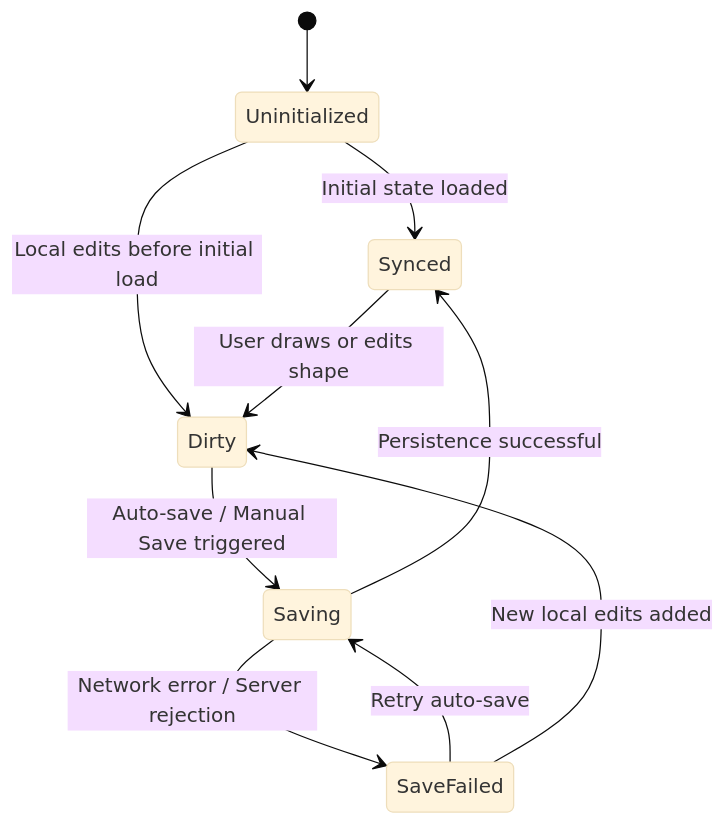
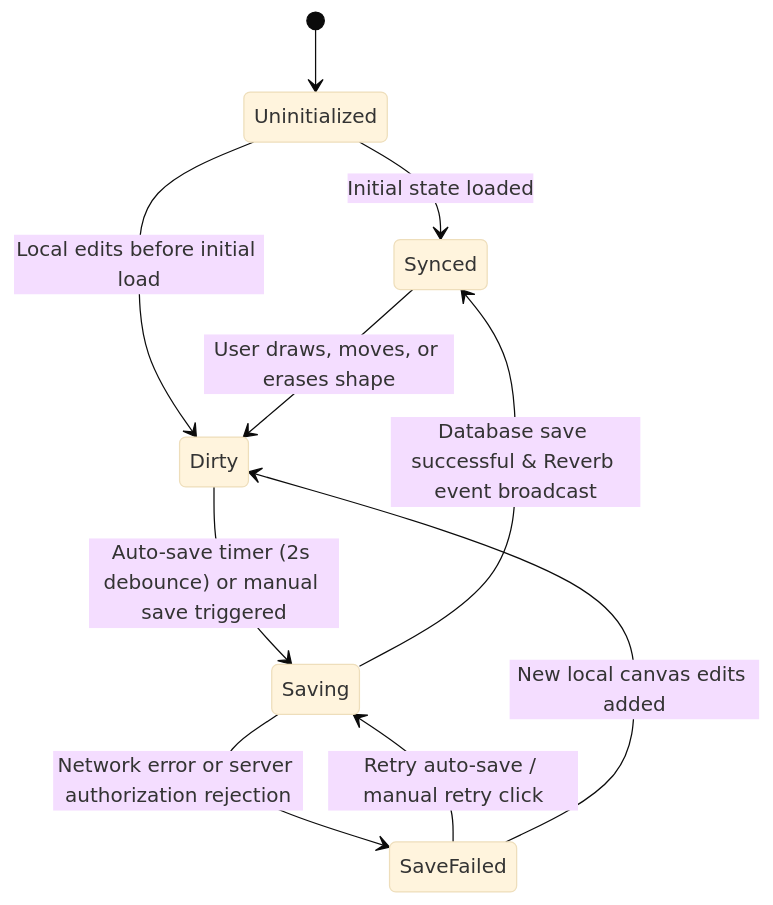
The diagram in docs/state-machines/whiteboard-sync.md (Lempac/Oxy), drawn with Mermaid (base theme) before and after one commit. The commit also changed other lines of this file and 11 other files, not shown here.

````diff
--- a/docs/state-machines/whiteboard-sync.md
+++ b/docs/state-machines/whiteboard-sync.md
@@ -9,17 +9,17 @@
 ```mermaid
 stateDiagram-v2
     [*] --> Uninitialized
     
     Uninitialized --> Synced: Initial state loaded
     Uninitialized --> Dirty: Local edits before initial load
     
-    Synced --> Dirty: User draws or edits shape
+    Synced --> Dirty: User draws, moves, or erases shape
     
-    Dirty --> Saving: Auto-save / Manual Save triggered
+    Dirty --> Saving: Auto-save timer (2s debounce) or manual save triggered
     
-    Saving --> Synced: Persistence successful
-    Saving --> SaveFailed: Network error / Server rejection
+    Saving --> Synced: Database save successful & Reverb event broadcast
+    Saving --> SaveFailed: Network error or server authorization rejection
     
-    SaveFailed --> Saving: Retry auto-save
-    SaveFailed --> Dirty: New local edits added
+    SaveFailed --> Saving: Retry auto-save / manual retry click
+    SaveFailed --> Dirty: New local canvas edits added
 ```
````
